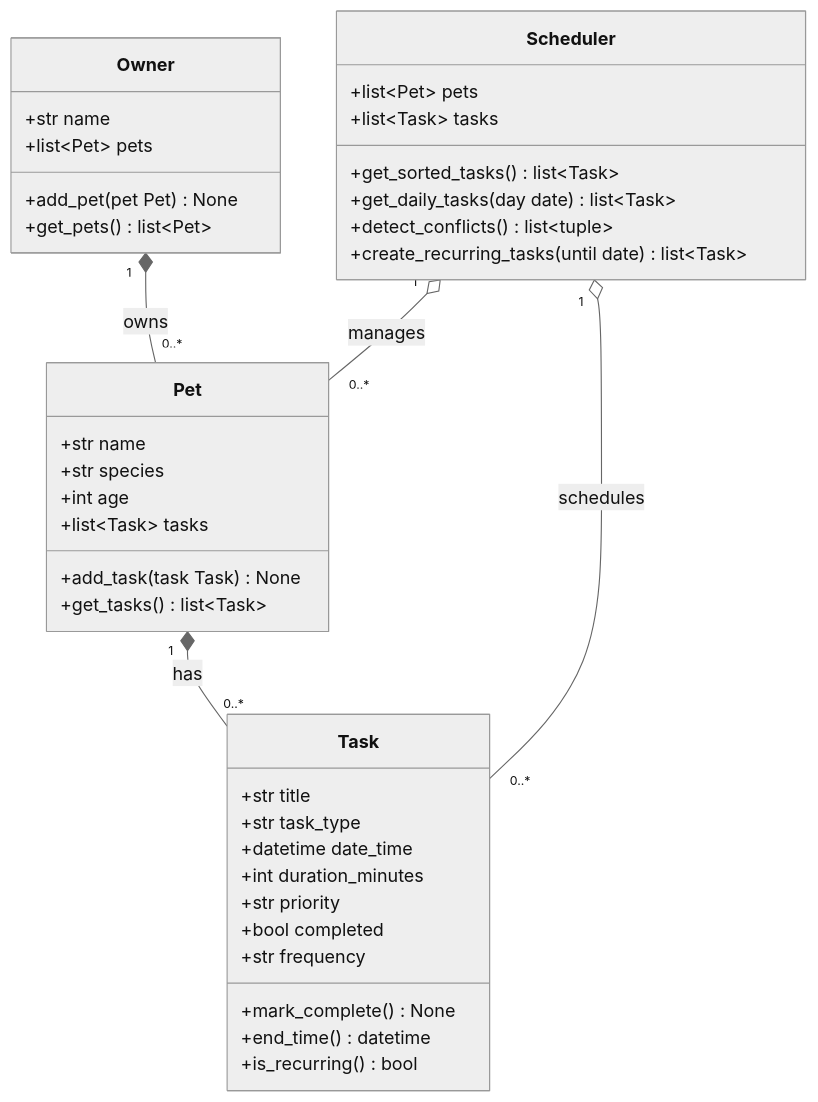
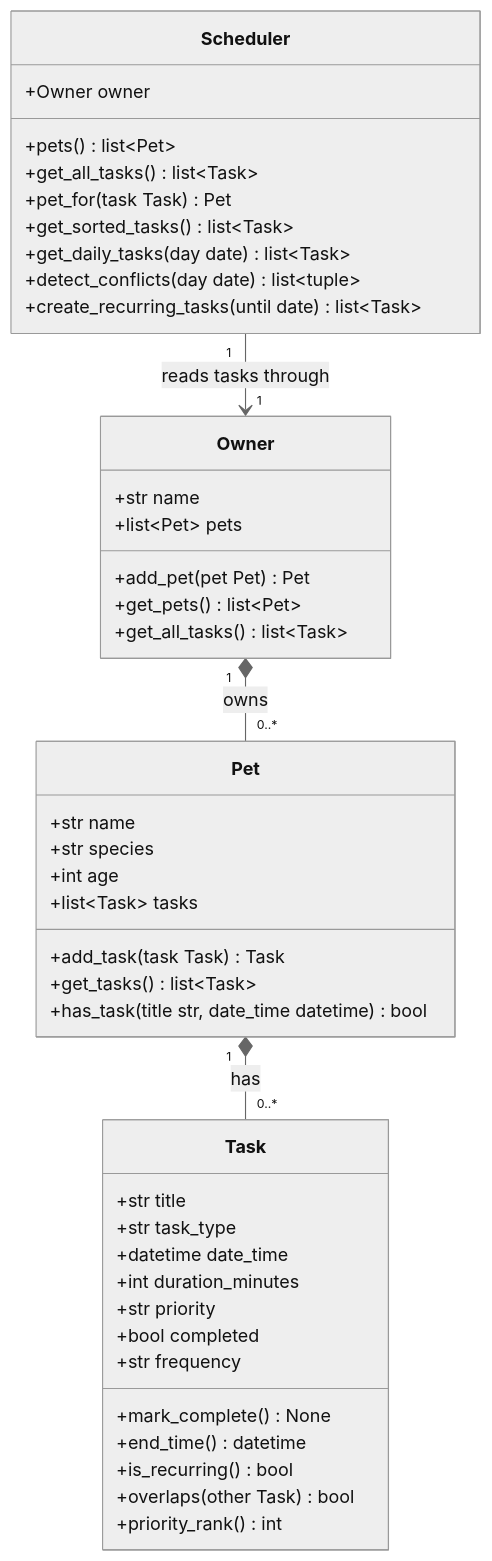
One commit to michaelamoarthur29/ai110-module2show-pawpal-starter changed the diagram in diagrams/uml.mmd. Above: the diagram before and after it, drawn with Mermaid (neutral theme). The commit also changed 5 other files, not shown here.

First line of the commit message:
feat: implement PawPal+ scheduling logic with demo and tests

```diff
--- a/diagrams/uml.mmd
+++ b/diagrams/uml.mmd
@@ -1,47 +1,52 @@
 classDiagram
-    %% PawPal+ — class diagram (draft)
-    %% Keep this file updated so it matches your final implementation.
+    %% PawPal+ — matches the implementation in pawpal_system.py
 
     class Owner {
         +str name
         +list~Pet~ pets
-        +add_pet(pet Pet) None
+        +add_pet(pet Pet) Pet
         +get_pets() list~Pet~
+        +get_all_tasks() list~Task~
     }
 
     class Pet {
         +str name
         +str species
         +int age
         +list~Task~ tasks
-        +add_task(task Task) None
+        +add_task(task Task) Task
         +get_tasks() list~Task~
+        +has_task(title str, date_time datetime) bool
     }
 
+    %% Task.priority: "high" | "medium" | "low"
     %% Task.frequency: "none" | "daily" | "weekly"
     class Task {
         +str title
         +str task_type
         +datetime date_time
         +int duration_minutes
         +str priority
         +bool completed
         +str frequency
         +mark_complete() None
         +end_time() datetime
         +is_recurring() bool
+        +overlaps(other Task) bool
+        +priority_rank() int
     }
 
     class Scheduler {
-        +list~Pet~ pets
-        +list~Task~ tasks
+        +Owner owner
+        +pets() list~Pet~
+        +get_all_tasks() list~Task~
+        +pet_for(task Task) Pet
         +get_sorted_tasks() list~Task~
         +get_daily_tasks(day date) list~Task~
-        +detect_conflicts() list~tuple~
+        +detect_conflicts(day date) list~tuple~
         +create_recurring_tasks(until date) list~Task~
     }
 
     Owner "1" *-- "0..*" Pet : owns
     Pet "1" *-- "0..*" Task : has
-    Scheduler "1" o-- "0..*" Pet : manages
-    Scheduler "1" o-- "0..*" Task : schedules
+    Scheduler "1" --> "1" Owner : reads tasks through
```
